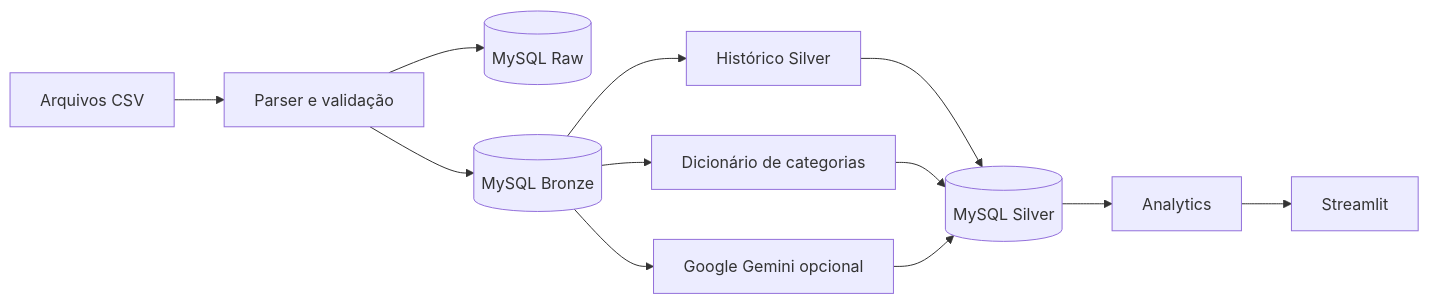
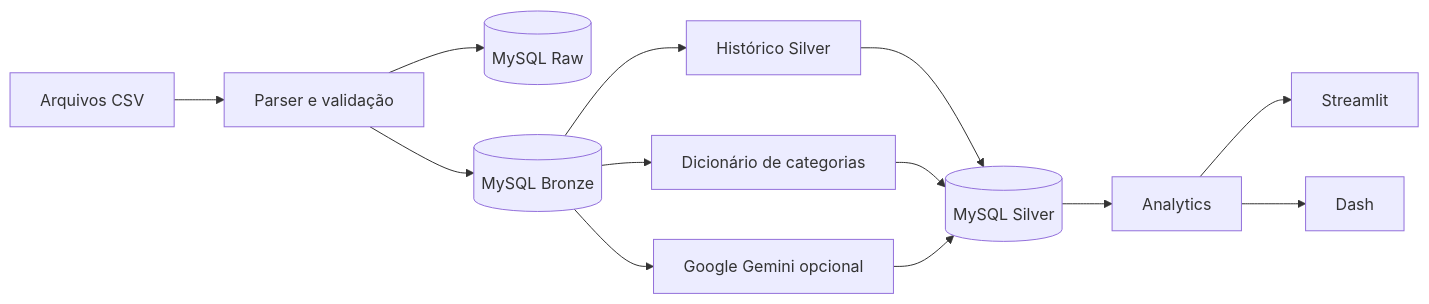
One commit to rvanguita/personal-expenses changed the diagram in README.md. Above: the diagram before and after it, drawn with Mermaid. The commit also changed other lines of this file and 36 other files, not shown here.

````diff
--- a/README.md
+++ b/README.md
@@ -19,17 +19,18 @@
 ```mermaid
 flowchart LR
     csv[Arquivos CSV] --> parser[Parser e validação]
     parser --> raw[(MySQL Raw)]
     parser --> bronze[(MySQL Bronze)]
 
     bronze --> history[Histórico Silver]
     bronze --> dictionary[Dicionário de categorias]
     bronze --> gemini[Google Gemini opcional]
 
     history --> silver[(MySQL Silver)]
     dictionary --> silver
     gemini --> silver
 
     silver --> analytics[Analytics]
     analytics --> app[Streamlit]
+    analytics --> dash[Dash]
 ```
````
